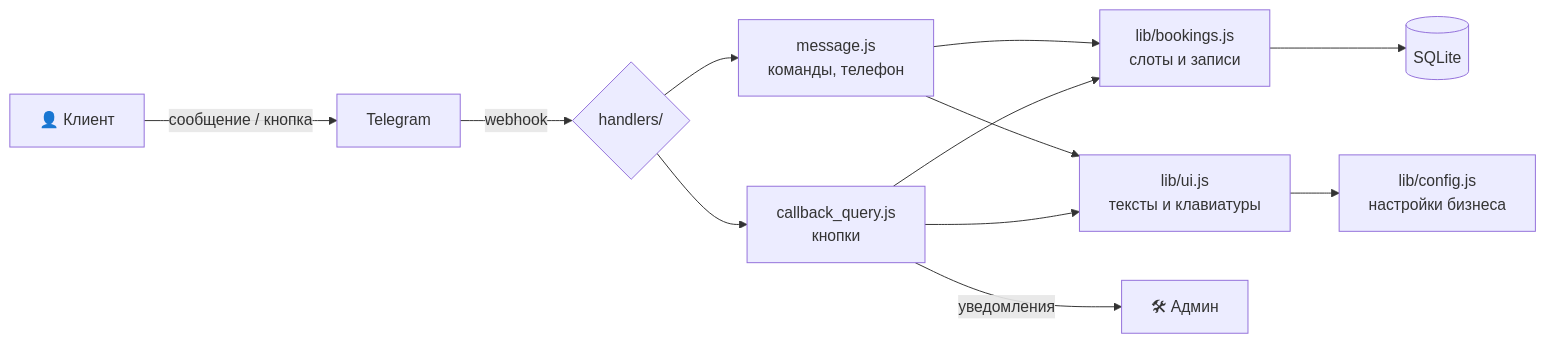
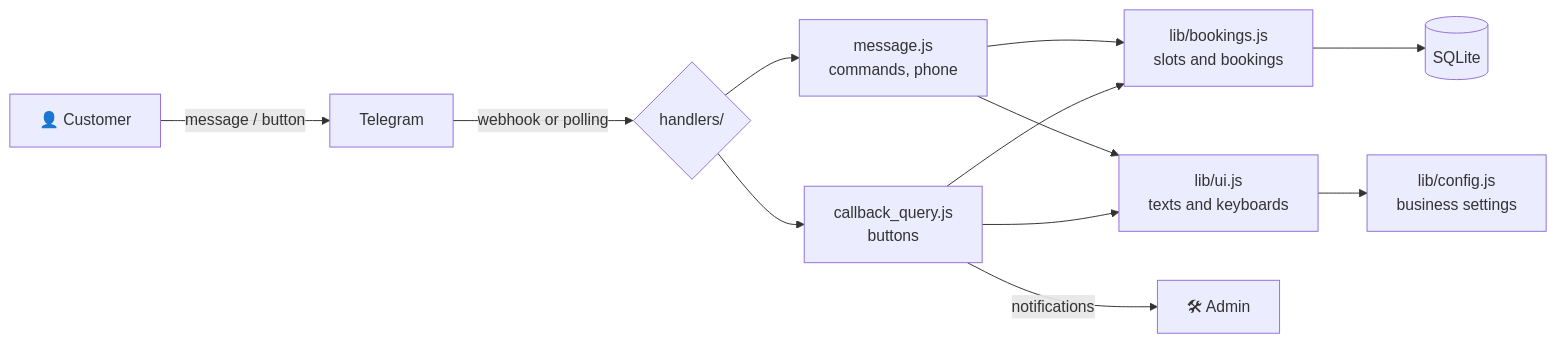
Before and after one commit to noname-programmer/telegram-booking-bot: the diagram in README.md, drawn with Mermaid. The commit also changed other lines of this file and 18 other files, not shown here.

````diff
--- a/README.md
+++ b/README.md
@@ -130,12 +134,12 @@
 ```mermaid
 flowchart LR
-    U[👤 Клиент] -->|сообщение / кнопка| T[Telegram]
-    T -->|webhook| H{handlers/}
-    H --> M[message.js<br/>команды, телефон]
-    H --> C[callback_query.js<br/>кнопки]
-    M & C --> L[lib/bookings.js<br/>слоты и записи]
-    M & C --> UI[lib/ui.js<br/>тексты и клавиатуры]
+    U[👤 Customer] -->|message / button| T[Telegram]
+    T -->|webhook or polling| H{handlers/}
+    H --> M[message.js<br/>commands, phone]
+    H --> C[callback_query.js<br/>buttons]
+    M & C --> L[lib/bookings.js<br/>slots and bookings]
+    M & C --> UI[lib/ui.js<br/>texts and keyboards]
     L --> DB[(SQLite)]
-    UI --> CFG[lib/config.js<br/>настройки бизнеса]
-    C -->|уведомления| A[🛠 Админ]
+    UI --> CFG[lib/config.js<br/>business settings]
+    C -->|notifications| A[🛠 Admin]
 ```
````
